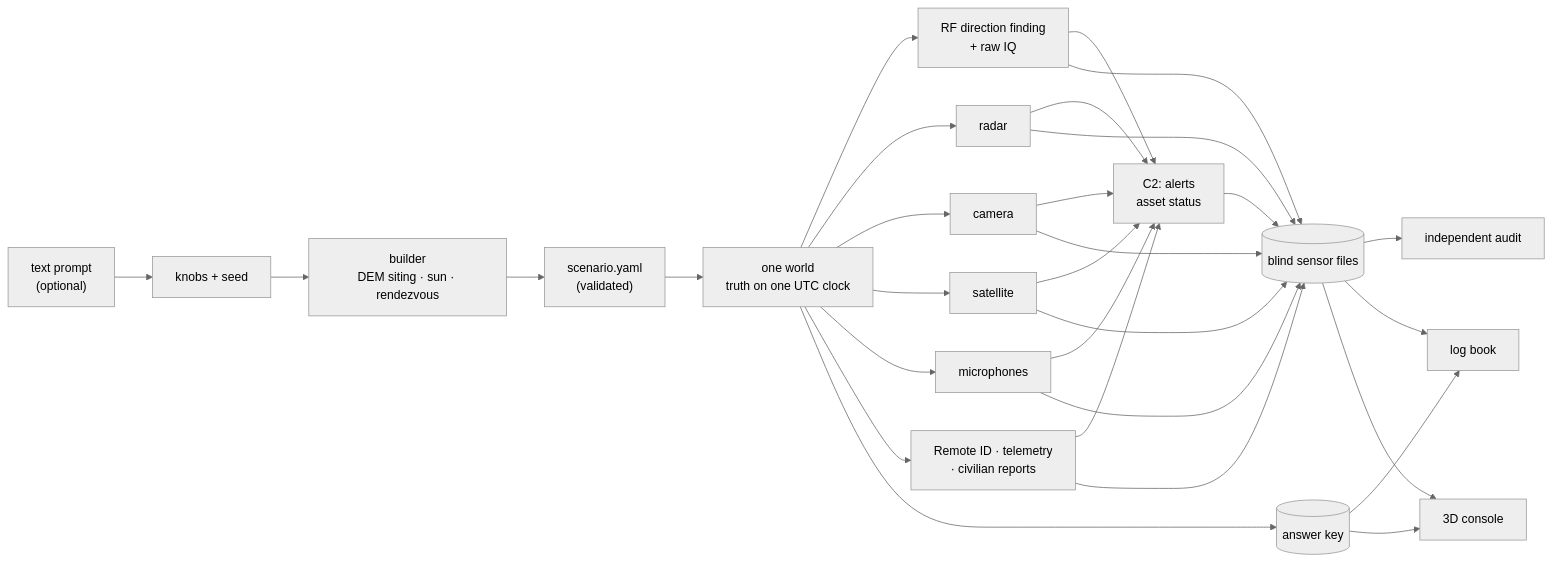
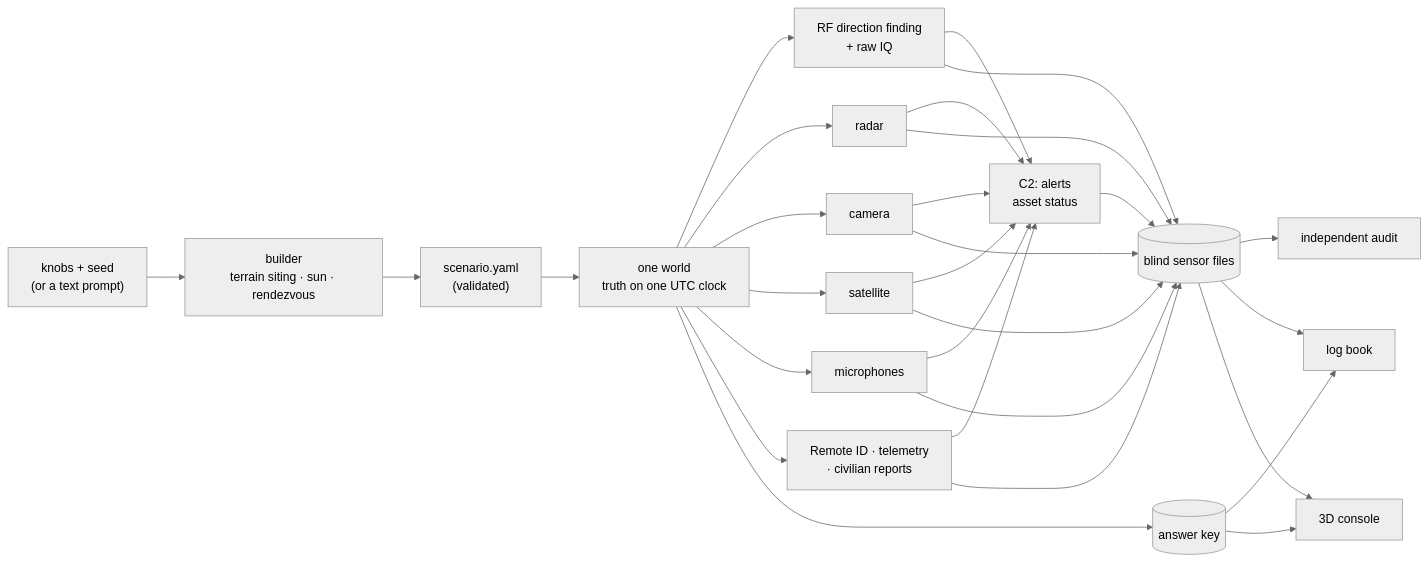
Before and after one commit to eklavyagoyal/oasis: the diagram in README.md, drawn with Mermaid (neutral theme). The commit also changed other lines of this file and 3 other files, not shown here.

Commit message:
README: verified against the current runs; live console flow, scenario library, showcase stories with reproduced outcomes, Blender airframe markers, updated known limits, fresh screenshots

````diff
--- a/README.md
+++ b/README.md
@@ -77,19 +99,18 @@
 ```mermaid
 flowchart LR
-  P["text prompt<br/>(optional)"] --> K["knobs + seed"]
-  K --> B["builder<br/>DEM siting · sun · rendezvous"]
+  K["knobs + seed<br/>(or a text prompt)"] --> B["builder<br/>terrain siting · sun · rendezvous"]
   B --> Y["scenario.yaml<br/>(validated)"]
   Y --> W["one world<br/>truth on one UTC clock"]
   W --> RF["RF direction finding<br/>+ raw IQ"]
   W --> RD["radar"]
   W --> CA["camera"]
   W --> SA["satellite"]
   W --> MI["microphones"]
   W --> OT["Remote ID · telemetry<br/>· civilian reports"]
   RF & RD & CA & SA & MI & OT --> C2["C2: alerts<br/>asset status"]
   RF & RD & CA & SA & MI & OT & C2 --> F[("blind sensor files")]
   W --> AK[("answer key")]
   F --> AU["independent audit"]
   F & AK --> LB["log book"]
   F & AK --> UI["3D console"]
 ```
````
